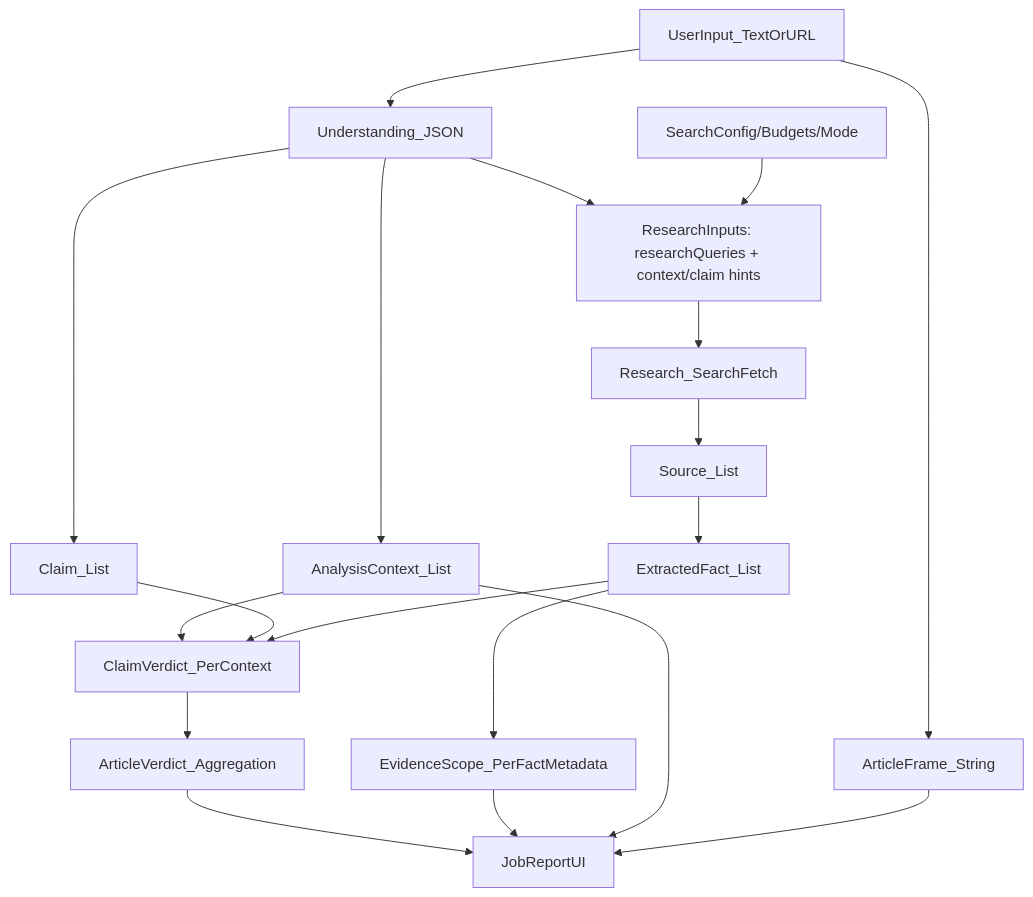
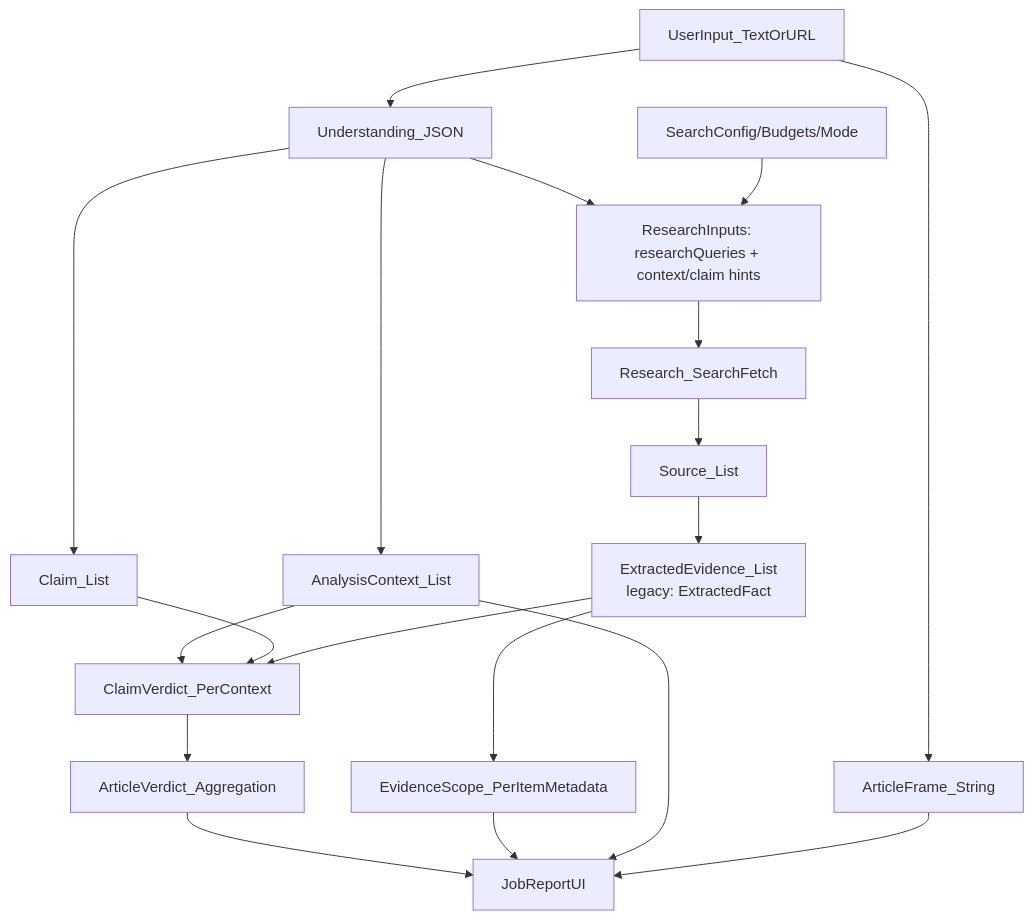
Before and after one commit to robertschaub/FactHarbor: the first of 2 diagrams in Docs/REVIEWS/Orchestrated_Report_Quality_Regression_Analysis.md, drawn with Mermaid. The commit also changed other lines of this file and 6 other files, not shown here.

````diff
--- a/Docs/REVIEWS/Orchestrated_Report_Quality_Regression_Analysis.md
+++ b/Docs/REVIEWS/Orchestrated_Report_Quality_Regression_Analysis.md
@@ -166,27 +166,27 @@
 ```mermaid
 flowchart TD
 UserInput[UserInput_TextOrURL] --> ArticleFrame[ArticleFrame_String]
 UserInput --> Understanding[Understanding_JSON]
 
 Understanding --> AnalysisContexts[AnalysisContext_List]
 Understanding --> Claims[Claim_List]
 
 Understanding --> ResearchInputs[ResearchInputs: researchQueries + context/claim hints]
 SearchConfig[SearchConfig/Budgets/Mode] --> ResearchInputs
 
 ResearchInputs --> Research[Research_SearchFetch]
 Research --> Sources[Source_List]
-Sources --> Facts[ExtractedFact_List]
-Facts --> EvidenceScope[EvidenceScope_PerFactMetadata]
+Sources --> Evidence[ExtractedEvidence_List<br/>legacy: ExtractedFact]
+Evidence --> EvidenceScope[EvidenceScope_PerItemMetadata]
 
 AnalysisContexts --> ClaimVerdicts[ClaimVerdict_PerContext]
 Claims --> ClaimVerdicts
-Facts --> ClaimVerdicts
+Evidence --> ClaimVerdicts
 
 ClaimVerdicts --> ArticleVerdict[ArticleVerdict_Aggregation]
 ArticleVerdict --> ReportUI[JobReportUI]
 
 EvidenceScope --> ReportUI
 AnalysisContexts --> ReportUI
 ArticleFrame --> ReportUI
 ```
````
